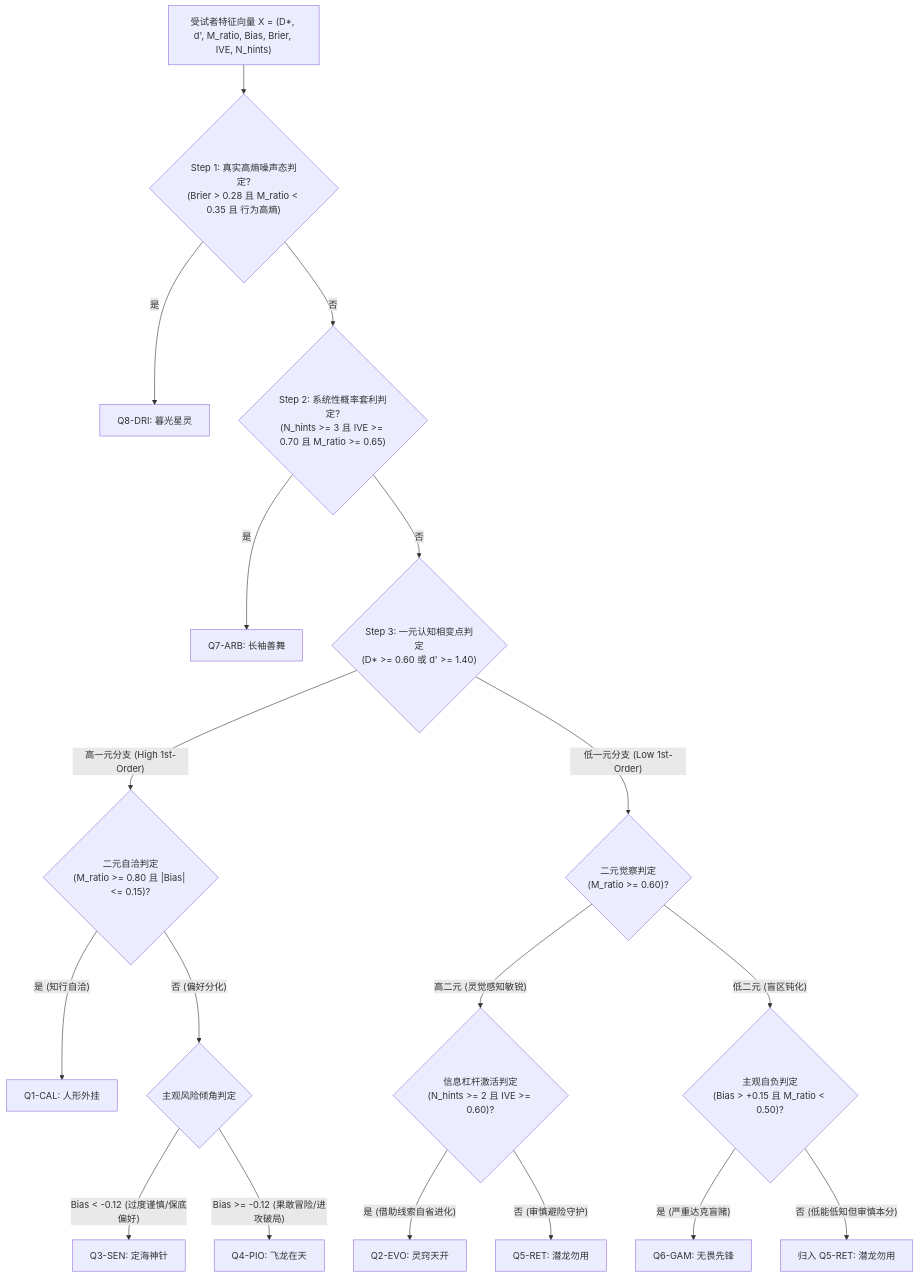
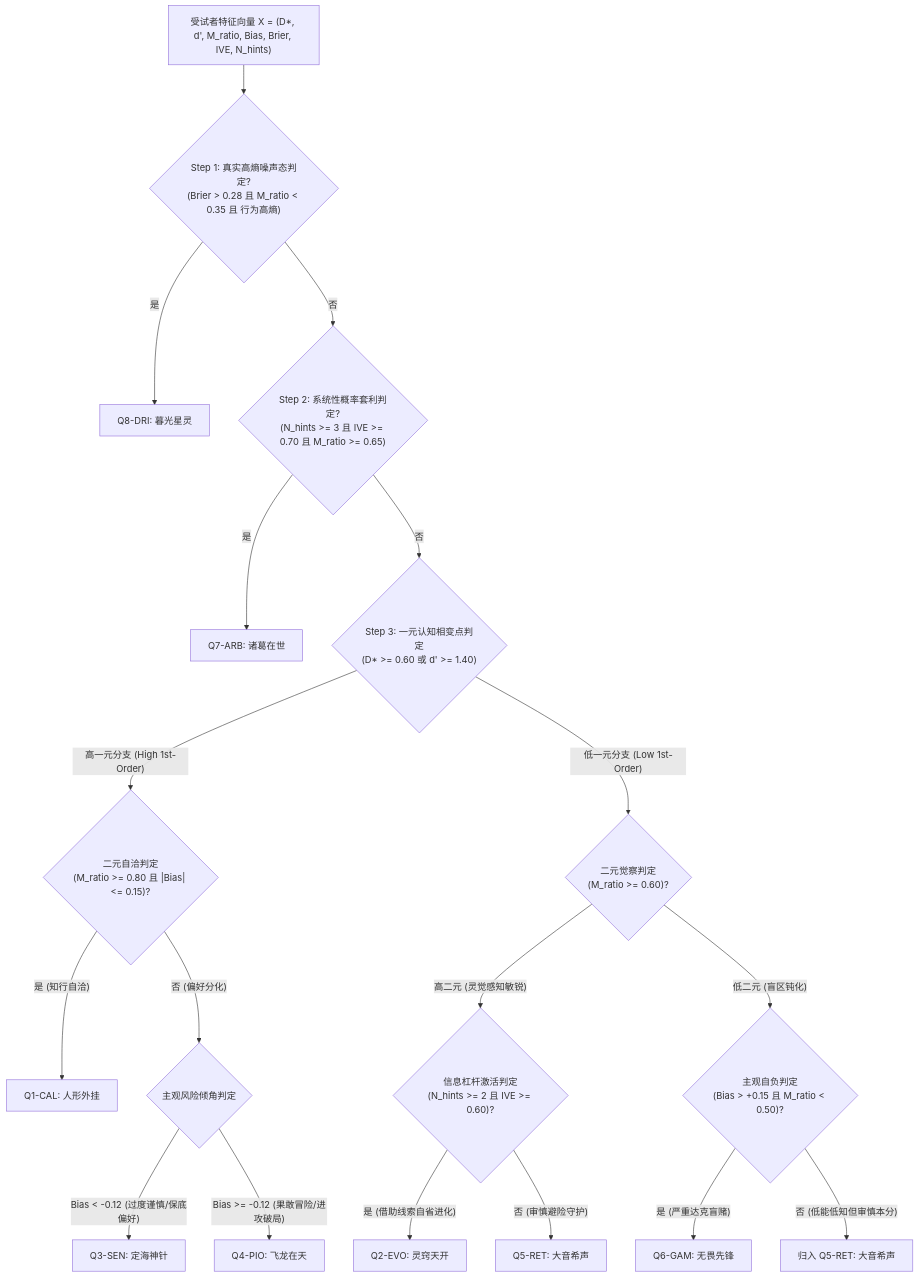
Before and after one commit to hanminggui/self-test: the diagram in spec/metacognitive_v2_spec.md, drawn with Mermaid. The commit also changed other lines of this file and 5 other files, not shown here.

````diff
--- a/spec/metacognitive_v2_spec.md
+++ b/spec/metacognitive_v2_spec.md
@@ -234,27 +234,27 @@
 ```mermaid
 flowchart TD
     Start["受试者特征向量 X = (D*, d', M_ratio, Bias, Brier, IVE, N_hints)"] --> Q8_Check{"Step 1: 真实高熵噪声态判定?<br>(Brier > 0.28 且 M_ratio < 0.35 且 行为高熵)"}
     
     Q8_Check -- "是" --> P8["Q8-DRI: 暮光星灵"]
     Q8_Check -- "否" --> Q7_Check{"Step 2: 系统性概率套利判定?<br>(N_hints >= 3 且 IVE >= 0.70 且 M_ratio >= 0.65)"}
     
-    Q7_Check -- "是" --> P7["Q7-ARB: 长袖善舞"]
+    Q7_Check -- "是" --> P7["Q7-ARB: 诸葛在世"]
     Q7_Check -- "否" --> Tier1_Split{"Step 3: 一元认知相变点判定<br>(D* >= 0.60 或 d' >= 1.40)"}
     
     %% 高一元分支 (High First-Order)
     Tier1_Split -- "高一元分支 (High 1st-Order)" --> H_Meta{"二元自洽判定<br>(M_ratio >= 0.80 且 |Bias| <= 0.15)?"}
     H_Meta -- "是 (知行自洽)" --> P1["Q1-CAL: 人形外挂"]
     H_Meta -- "否 (偏好分化)" --> H_Bias{"主观风险倾角判定"}
     H_Bias -- "Bias < -0.12 (过度谨慎/保底偏好)" --> P3["Q3-SEN: 定海神针"]
     H_Bias -- "Bias >= -0.12 (果敢冒险/进攻破局)" --> P4["Q4-PIO: 飞龙在天"]
     
     %% 低一元分支 (Low First-Order)
     Tier1_Split -- "低一元分支 (Low 1st-Order)" --> L_Meta{"二元觉察判定<br>(M_ratio >= 0.60)?"}
     L_Meta -- "高二元 (灵觉感知敏锐)" --> L_IVE{"信息杠杆激活判定<br>(N_hints >= 2 且 IVE >= 0.60)?"}
     L_IVE -- "是 (借助线索自省进化)" --> P2["Q2-EVO: 灵窍天开"]
-    L_IVE -- "否 (审慎避险守护)" --> P5["Q5-RET: 潜龙勿用"]
+    L_IVE -- "否 (审慎避险守护)" --> P5["Q5-RET: 大音希声"]
     
     L_Meta -- "低二元 (盲区钝化)" --> L_Bias{"主观自负判定<br>(Bias > +0.15 且 M_ratio < 0.50)?"}
     L_Bias -- "是 (严重达克盲赌)" --> P6["Q6-GAM: 无畏先锋"]
-    L_Bias -- "否 (低能低知但审慎本分)" --> P5_Fallback["归入 Q5-RET: 潜龙勿用"]
+    L_Bias -- "否 (低能低知但审慎本分)" --> P5_Fallback["归入 Q5-RET: 大音希声"]
 ```
````
